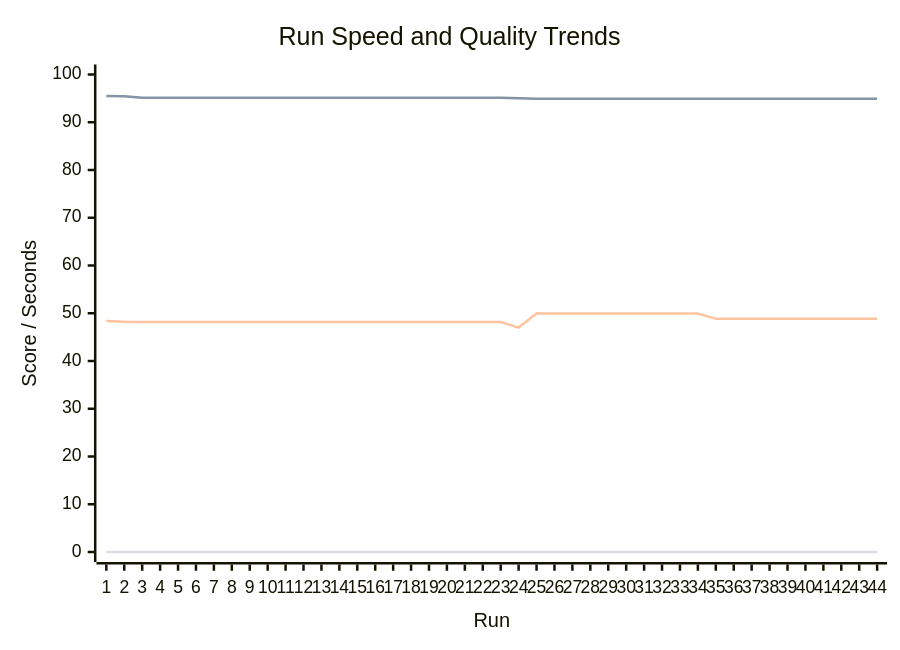
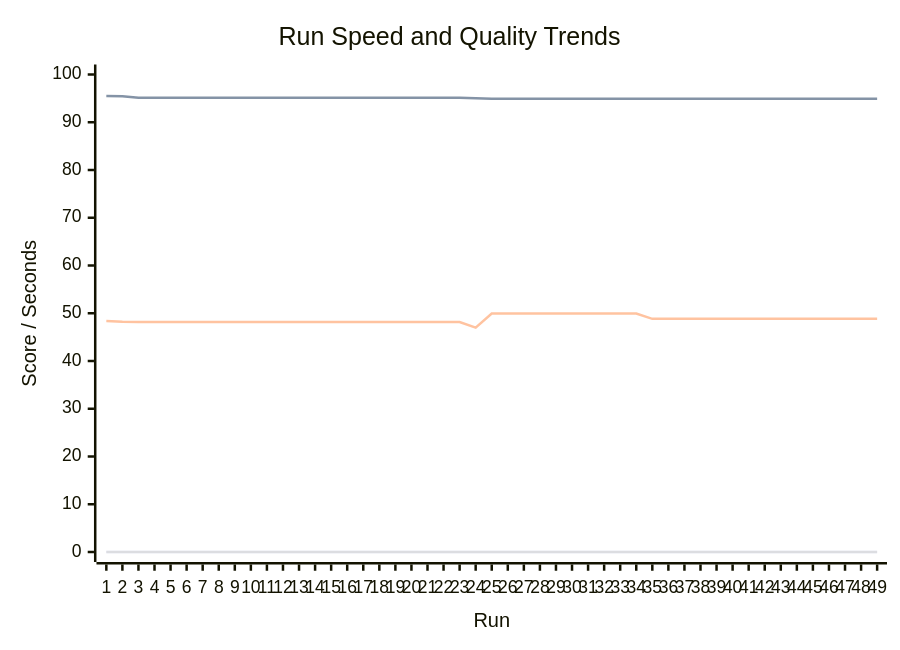
The first of 2 diagrams in reports-versioned/aggregated/run-results-dashboard.md (Jit-Paul-2008/Hexamind), drawn with Mermaid before and after one commit. The commit also changed other lines of this file and 63 other files, not shown here.

````diff
--- a/reports-versioned/aggregated/run-results-dashboard.md
+++ b/reports-versioned/aggregated/run-results-dashboard.md
@@ -11,11 +11,11 @@
 ```mermaid
 xychart-beta
     title "Run Speed and Quality Trends"
-    x-axis "Run" [1, 2, 3, 4, 5, 6, 7, 8, 9, 10, 11, 12, 13, 14, 15, 16, 17, 18, 19, 20, 21, 22, 23, 24, 25, 26, 27, 28, 29, 30, 31, 32, 33, 34, 35, 36, 37, 38, 39, 40, 41, 42, 43, 44]
+    x-axis "Run" [1, 2, 3, 4, 5, 6, 7, 8, 9, 10, 11, 12, 13, 14, 15, 16, 17, 18, 19, 20, 21, 22, 23, 24, 25, 26, 27, 28, 29, 30, 31, 32, 33, 34, 35, 36, 37, 38, 39, 40, 41, 42, 43, 44, 45, 46, 47, 48, 49]
     y-axis "Score / Seconds" 0 --> 100
-    line "Accuracy" [0.0, 0.0, 0.0, 0.0, 0.0, 0.0, 0.0, 0.0, 0.0, 0.0, 0.0, 0.0, 0.0, 0.0, 0.0, 0.0, 0.0, 0.0, 0.0, 0.0, 0.0, 0.0, 0.0, 0.0, 0.0, 0.0, 0.0, 0.0, 0.0, 0.0, 0.0, 0.0, 0.0, 0.0, 0.0, 0.0, 0.0, 0.0, 0.0, 0.0, 0.0, 0.0, 0.0, 0.0]
-    line "Human-like" [95.51, 95.42, 95.12, 95.12, 95.12, 95.12, 95.12, 95.12, 95.12, 95.12, 95.12, 95.12, 95.12, 95.12, 95.12, 95.12, 95.12, 95.12, 95.12, 95.12, 95.12, 95.12, 95.12, 95.02, 94.92, 94.92, 94.91, 94.91, 94.91, 94.91, 94.91, 94.91, 94.91, 94.91, 94.91, 94.91, 94.91, 94.91, 94.91, 94.91, 94.91, 94.91, 94.91, 94.91]
-    line "Usefulness" [48.39, 48.2, 48.17, 48.17, 48.17, 48.17, 48.17, 48.17, 48.17, 48.17, 48.17, 48.17, 48.17, 48.17, 48.17, 48.17, 48.17, 48.17, 48.17, 48.17, 48.17, 48.17, 48.17, 47.0, 49.95, 49.95, 49.95, 49.95, 49.95, 49.95, 49.95, 49.95, 49.95, 49.95, 48.83, 48.83, 48.83, 48.83, 48.83, 48.83, 48.83, 48.83, 48.83, 48.83]
-    line "HumanReview" [0.0, 0.0, 0.0, 0.0, 0.0, 0.0, 0.0, 0.0, 0.0, 0.0, 0.0, 0.0, 0.0, 0.0, 0.0, 0.0, 0.0, 0.0, 0.0, 0.0, 0.0, 0.0, 0.0, 0.0, 0.0, 0.0, 0.0, 0.0, 0.0, 0.0, 0.0, 0.0, 0.0, 0.0, 0.0, 0.0, 0.0, 0.0, 0.0, 0.0, 0.0, 0.0, 0.0, 0.0]
-    line "SpeedSeconds" [187.48, 238.47, 237.45, 236.94, 236.7, 236.62, 236.35, 236.35, 236.43, 236.48, 236.36, 236.37, 236.38, 236.58, 236.46, 236.59, 236.56, 236.52, 236.52, 236.42, 236.44, 236.67, 237.16, 236.71, 235.91, 236.19, 235.87, 235.0, 235.01, 234.94, 234.99, 235.07, 235.17, 235.66, 235.28, 235.4, 235.01, 235.0, 235.78, 235.7, 236.28, 236.19, 236.27, 236.18]
+    line "Accuracy" [0.0, 0.0, 0.0, 0.0, 0.0, 0.0, 0.0, 0.0, 0.0, 0.0, 0.0, 0.0, 0.0, 0.0, 0.0, 0.0, 0.0, 0.0, 0.0, 0.0, 0.0, 0.0, 0.0, 0.0, 0.0, 0.0, 0.0, 0.0, 0.0, 0.0, 0.0, 0.0, 0.0, 0.0, 0.0, 0.0, 0.0, 0.0, 0.0, 0.0, 0.0, 0.0, 0.0, 0.0, 0.0, 0.0, 0.0, 0.0, 0.0]
+    line "Human-like" [95.51, 95.42, 95.12, 95.12, 95.12, 95.12, 95.12, 95.12, 95.12, 95.12, 95.12, 95.12, 95.12, 95.12, 95.12, 95.12, 95.12, 95.12, 95.12, 95.12, 95.12, 95.12, 95.12, 95.02, 94.92, 94.92, 94.91, 94.91, 94.91, 94.91, 94.91, 94.91, 94.91, 94.91, 94.91, 94.91, 94.91, 94.91, 94.91, 94.91, 94.91, 94.91, 94.91, 94.91, 94.91, 94.91, 94.91, 94.91, 94.91]
+    line "Usefulness" [48.39, 48.2, 48.17, 48.17, 48.17, 48.17, 48.17, 48.17, 48.17, 48.17, 48.17, 48.17, 48.17, 48.17, 48.17, 48.17, 48.17, 48.17, 48.17, 48.17, 48.17, 48.17, 48.17, 47.0, 49.95, 49.95, 49.95, 49.95, 49.95, 49.95, 49.95, 49.95, 49.95, 49.95, 48.83, 48.83, 48.83, 48.83, 48.83, 48.83, 48.83, 48.83, 48.83, 48.83, 48.83, 48.83, 48.83, 48.83, 48.83]
+    line "HumanReview" [0.0, 0.0, 0.0, 0.0, 0.0, 0.0, 0.0, 0.0, 0.0, 0.0, 0.0, 0.0, 0.0, 0.0, 0.0, 0.0, 0.0, 0.0, 0.0, 0.0, 0.0, 0.0, 0.0, 0.0, 0.0, 0.0, 0.0, 0.0, 0.0, 0.0, 0.0, 0.0, 0.0, 0.0, 0.0, 0.0, 0.0, 0.0, 0.0, 0.0, 0.0, 0.0, 0.0, 0.0, 0.0, 0.0, 0.0, 0.0, 0.0]
+    line "SpeedSeconds" [187.48, 238.47, 237.45, 236.94, 236.7, 236.62, 236.35, 236.35, 236.43, 236.48, 236.36, 236.37, 236.38, 236.58, 236.46, 236.59, 236.56, 236.52, 236.52, 236.42, 236.44, 236.67, 237.16, 236.71, 235.91, 236.19, 235.87, 235.0, 235.01, 234.94, 234.99, 235.07, 235.17, 235.66, 235.28, 235.4, 235.01, 235.0, 235.78, 235.7, 236.28, 236.19, 236.27, 236.18, 236.41, 236.9, 236.39, 236.52, 236.26]
 ```
````
